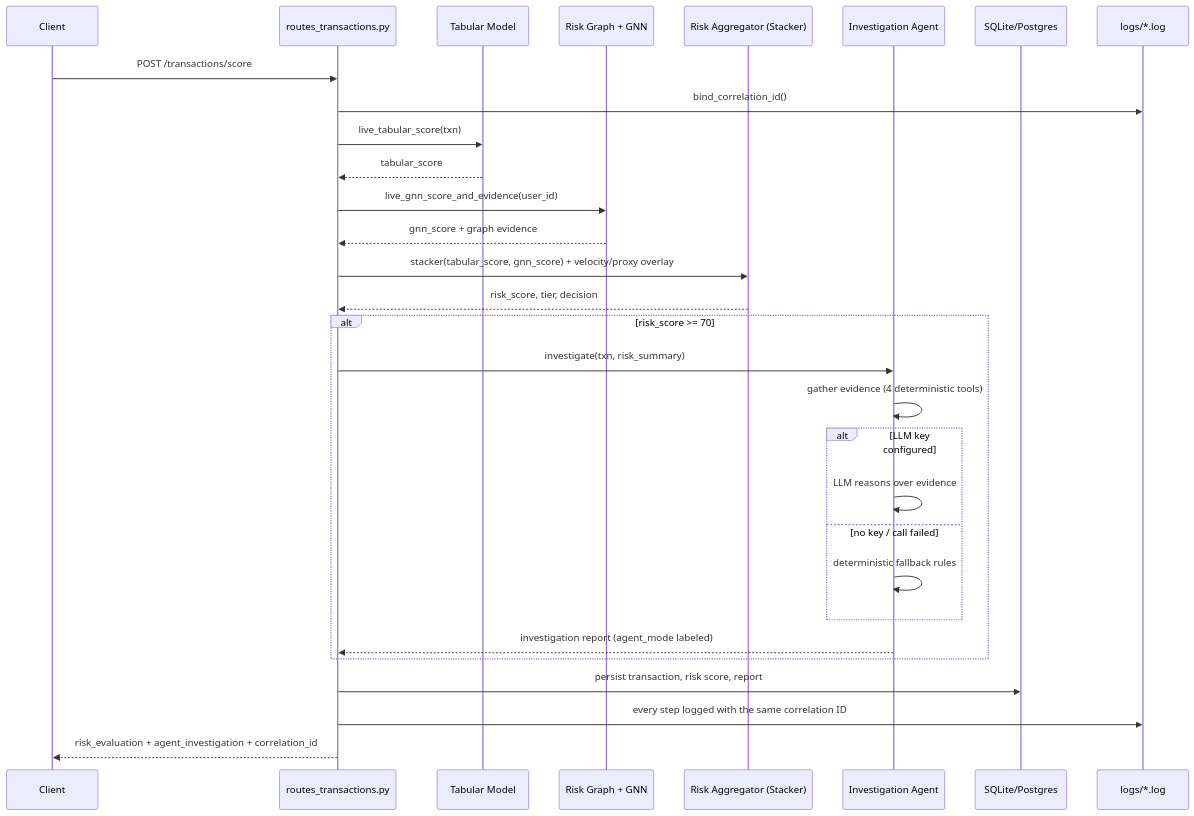
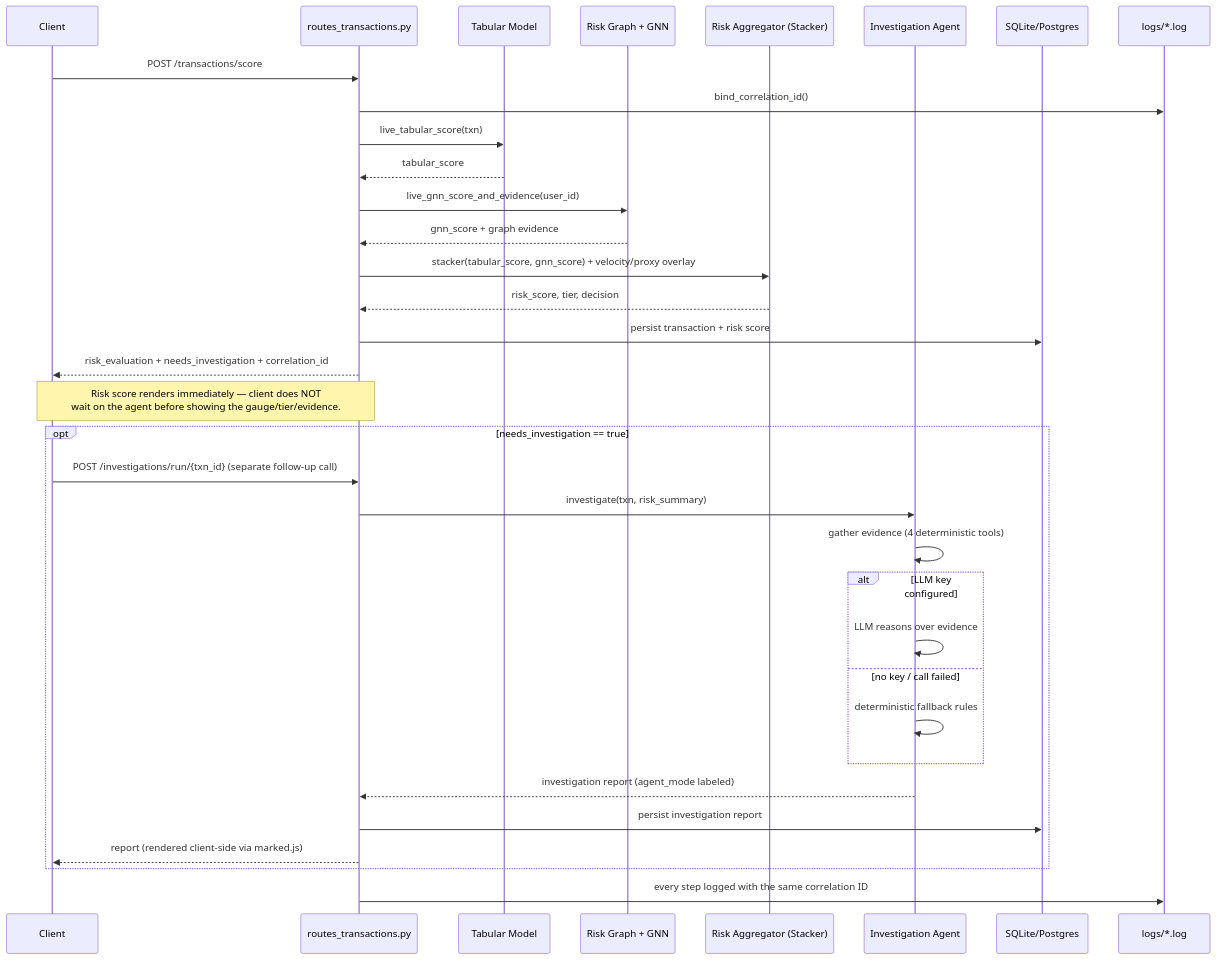
One commit to Dikshu015/RazorRisk-Agentic-AI-Payment-Fraud-Risk-Investigation-Platform changed the third of 3 diagrams in PROJECT_WORKFLOW.md. Above: the diagram before and after it, drawn with Mermaid. The commit also changed other lines of this file and 1 other file, not shown here.

````diff
--- a/PROJECT_WORKFLOW.md
+++ b/PROJECT_WORKFLOW.md
@@ -137,33 +137,37 @@
 ```mermaid
 sequenceDiagram
     participant C as Client
     participant API as routes_transactions.py
     participant TAB as Tabular Model
     participant GNN as Risk Graph + GNN
     participant AGG as Risk Aggregator (Stacker)
     participant AGT as Investigation Agent
     participant DB as SQLite/Postgres
     participant LOG as logs/*.log
 
     C->>API: POST /transactions/score
     API->>LOG: bind_correlation_id()
     API->>TAB: live_tabular_score(txn)
     TAB-->>API: tabular_score
     API->>GNN: live_gnn_score_and_evidence(user_id)
     GNN-->>API: gnn_score + graph evidence
     API->>AGG: stacker(tabular_score, gnn_score) + velocity/proxy overlay
     AGG-->>API: risk_score, tier, decision
-    alt risk_score >= 70
+    API->>DB: persist transaction + risk score
+    API-->>C: risk_evaluation + needs_investigation + correlation_id
+    Note over C,API: Risk score renders immediately — client does NOT<br/>wait on the agent before showing the gauge/tier/evidence.
+    opt needs_investigation == true
+        C->>API: POST /investigations/run/{txn_id}  (separate follow-up call)
         API->>AGT: investigate(txn, risk_summary)
         AGT->>AGT: gather evidence (4 deterministic tools)
         alt LLM key configured
             AGT->>AGT: LLM reasons over evidence
         else no key / call failed
             AGT->>AGT: deterministic fallback rules
         end
         AGT-->>API: investigation report (agent_mode labeled)
+        API->>DB: persist investigation report
+        API-->>C: report (rendered client-side via marked.js)
     end
-    API->>DB: persist transaction, risk score, report
     API->>LOG: every step logged with the same correlation ID
-    API-->>C: risk_evaluation + agent_investigation + correlation_id
 ```
````
